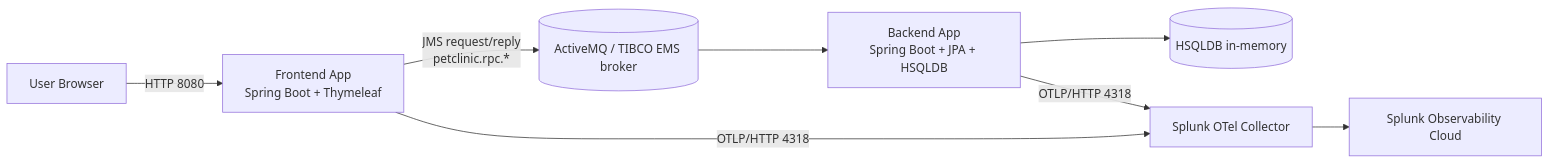
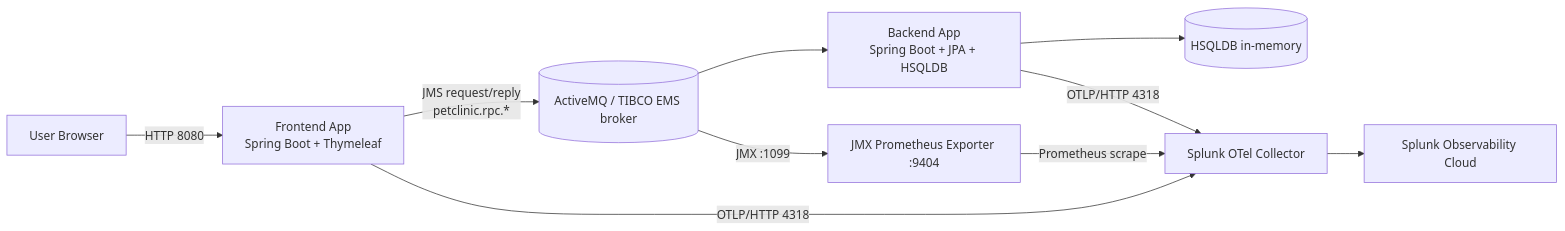
Before and after one commit to neechuan/spring3-petclinic-tibco-splunk-o11y: the diagram in ARCHITECTURE.md, drawn with Mermaid. The commit also changed other lines of this file and 7 other files, not shown here.

Commit message:
feat: add JMX Prometheus exporter for ActiveMQ metrics and update architecture documentation

````diff
--- a/ARCHITECTURE.md
+++ b/ARCHITECTURE.md
@@ -16,11 +16,13 @@
 ```mermaid
 flowchart LR
     Browser[User Browser] -->|HTTP 8080| Frontend[Frontend App\nSpring Boot + Thymeleaf]
     Frontend -->|JMS request/reply\npetclinic.rpc.*| Broker[(ActiveMQ / TIBCO EMS broker)]
     Broker --> Backend[Backend App\nSpring Boot + JPA + HSQLDB]
     Backend --> DB[(HSQLDB in-memory)]
 
     Frontend -->|OTLP/HTTP 4318| Collector[Splunk OTel Collector]
     Backend -->|OTLP/HTTP 4318| Collector
+    Broker -->|JMX :1099| Exporter[JMX Prometheus Exporter :9404]
+    Exporter -->|Prometheus scrape| Collector
     Collector --> Cloud[Splunk Observability Cloud]
 ```
````
